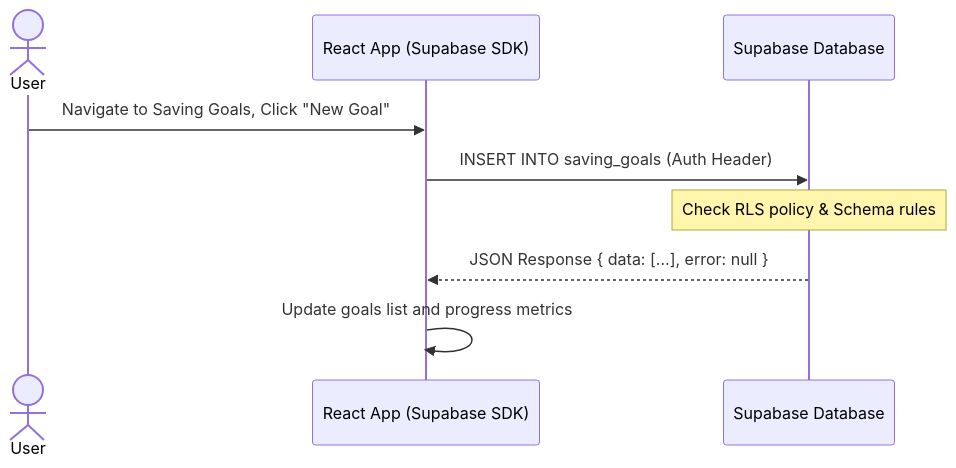
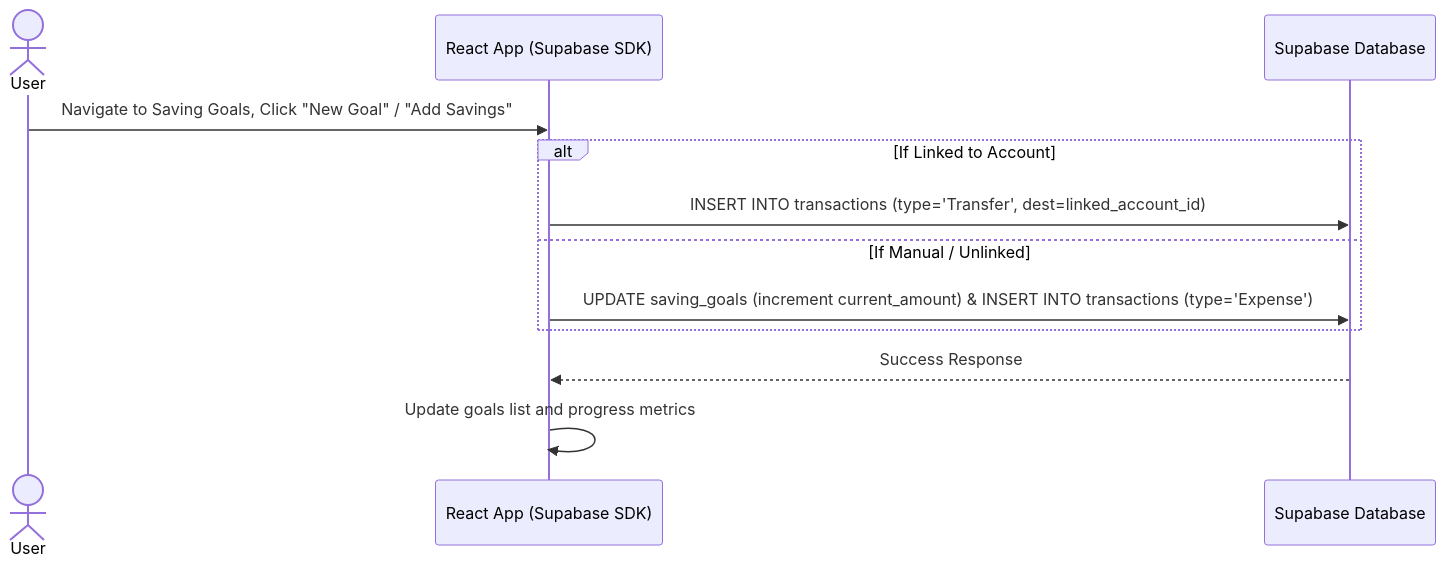
The third of 3 diagrams in docs/requirements.md (rifkykurniawan/e-ff-project), drawn with Mermaid before and after one commit. The commit also changed other lines of this file, not shown here.

Commit message:
docs: update saving goals logic for linked accounts and transition from shared family data to user-specific workspace isolation

````diff
--- a/docs/requirements.md
+++ b/docs/requirements.md
@@ -142,11 +144,14 @@
 ```mermaid
 sequenceDiagram
     actor User
     participant Frontend as React App (Supabase SDK)
     participant DB as Supabase Database
-    User->>Frontend: Navigate to Saving Goals, Click "New Goal"
-    Frontend->>DB: INSERT INTO saving_goals (Auth Header)
-    Note over DB: Check RLS policy & Schema rules
-    DB-->>Frontend: JSON Response { data: [...], error: null }
+    User->>Frontend: Navigate to Saving Goals, Click "New Goal" / "Add Savings"
+    alt If Linked to Account
+        Frontend->>DB: INSERT INTO transactions (type='Transfer', dest=linked_account_id)
+    else If Manual / Unlinked
+        Frontend->>DB: UPDATE saving_goals (increment current_amount) & INSERT INTO transactions (type='Expense')
+    end
+    DB-->>Frontend: Success Response
     Frontend->>Frontend: Update goals list and progress metrics
 ```
````
